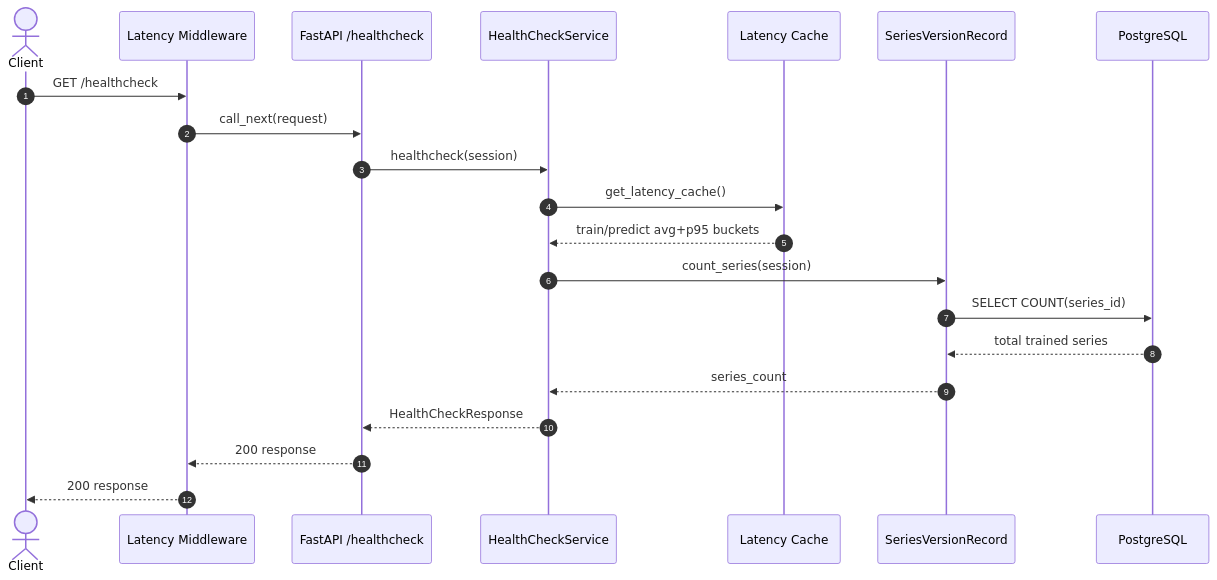
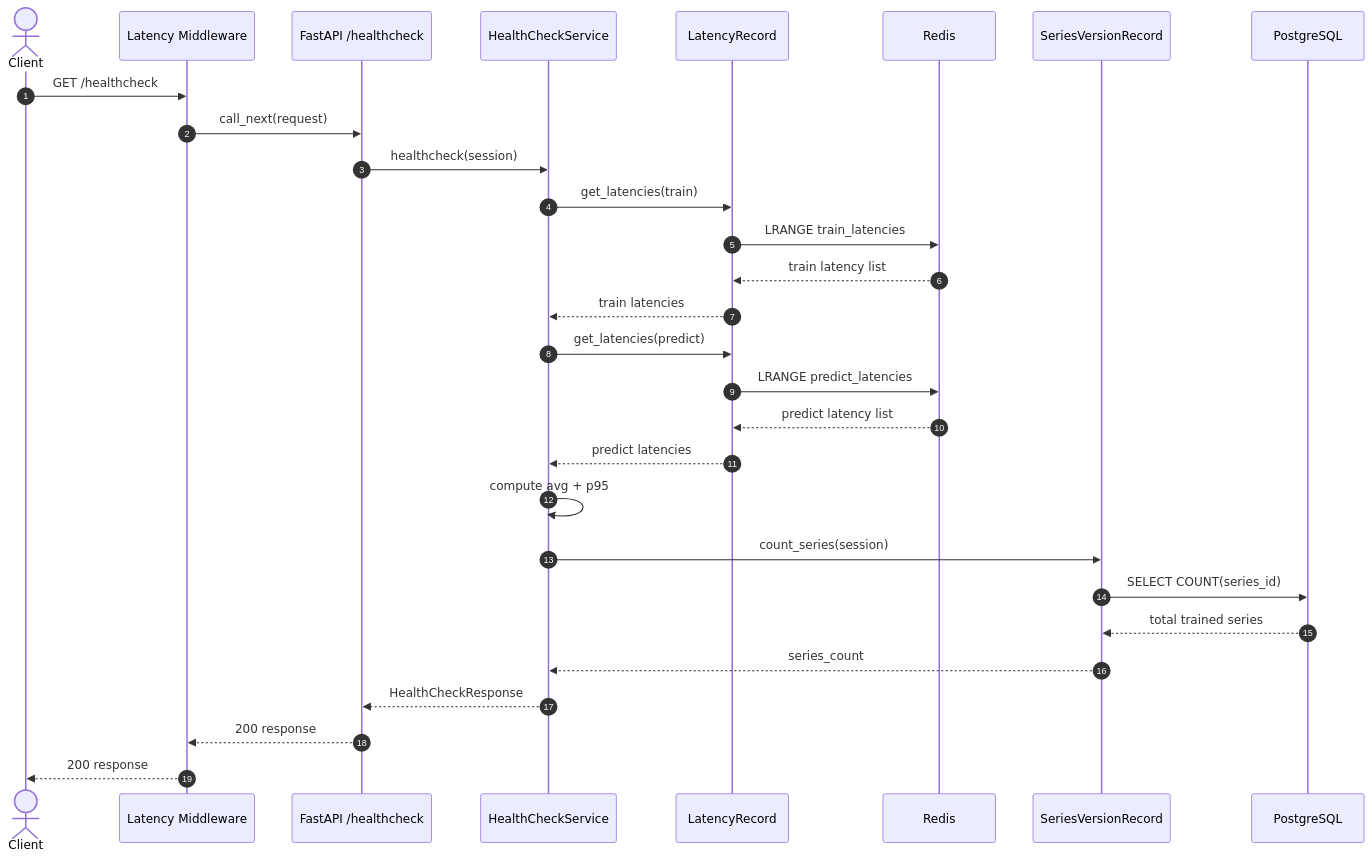
The third of 4 diagrams in docs/architecture.md (lucasmazzetto/time_series_anomaly_detection_pipelineine), drawn with Mermaid before and after one commit. The commit also changed other lines of this file and 3 other files, not shown here.

Commit message:
docs: update latency/cache docs for Redis-backed metrics flow

````diff
--- a/docs/architecture.md
+++ b/docs/architecture.md
@@ -229,24 +239,32 @@
 ```mermaid
 sequenceDiagram
     autonumber
     actor Client
     participant MW as Latency Middleware
     participant Route as FastAPI /healthcheck
     participant Service as HealthCheckService
-    participant Cache as Latency Cache
+    participant Cache as LatencyRecord
+    participant Redis as Redis
     participant Version as SeriesVersionRecord
     participant DB as PostgreSQL
 
     Client->>MW: GET /healthcheck
     MW->>Route: call_next(request)
     Route->>Service: healthcheck(session)
-    Service->>Cache: get_latency_cache()
-    Cache-->>Service: train/predict avg+p95 buckets
+    Service->>Cache: get_latencies(train)
+    Cache->>Redis: LRANGE train_latencies
+    Redis-->>Cache: train latency list
+    Cache-->>Service: train latencies
+    Service->>Cache: get_latencies(predict)
+    Cache->>Redis: LRANGE predict_latencies
+    Redis-->>Cache: predict latency list
+    Cache-->>Service: predict latencies
+    Service->>Service: compute avg + p95
     Service->>Version: count_series(session)
     Version->>DB: SELECT COUNT(series_id)
     DB-->>Version: total trained series
     Version-->>Service: series_count
     Service-->>Route: HealthCheckResponse
     Route-->>MW: 200 response
     MW-->>Client: 200 response
 ```
````
